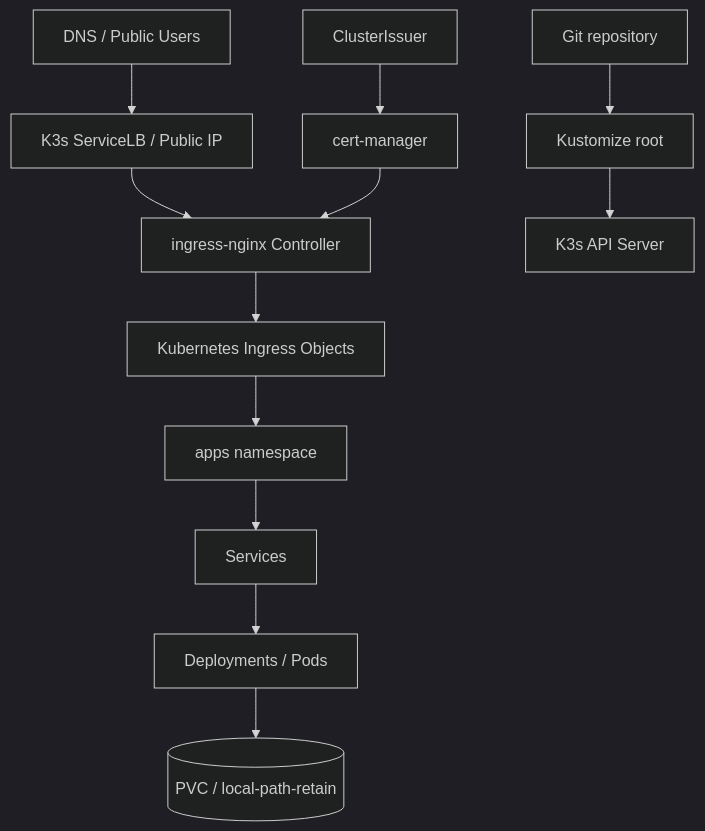
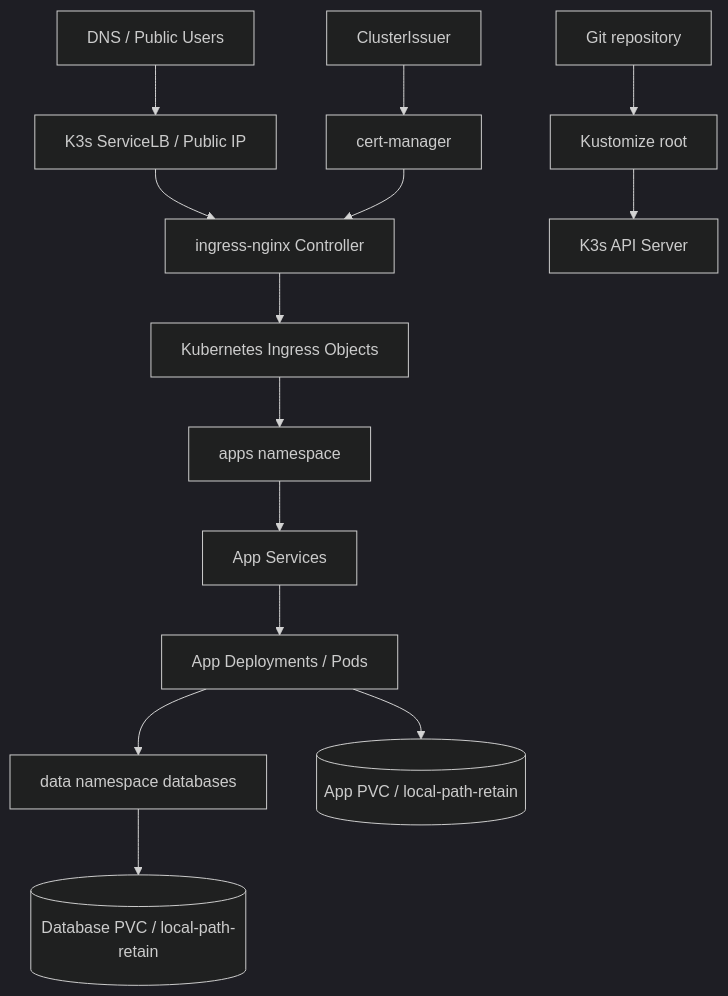
One commit to AnouarMohamed/k3s-platform changed the diagram in docs/ARCHITECTURE.md. Above: the diagram before and after it, drawn with Mermaid (dark theme). The commit also changed other lines of this file and 29 other files, not shown here.

````diff
--- a/docs/ARCHITECTURE.md
+++ b/docs/ARCHITECTURE.md
@@ -9,14 +9,16 @@
 ```mermaid
 flowchart TB
   dns[DNS / Public Users] --> lb[K3s ServiceLB / Public IP]
   lb --> ingress[ingress-nginx Controller]
   ingress --> routes[Kubernetes Ingress Objects]
   routes --> apps[apps namespace]
-  apps --> services[Services]
-  services --> pods[Deployments / Pods]
-  pods --> pvc[(PVC / local-path-retain)]
+  apps --> services[App Services]
+  services --> pods[App Deployments / Pods]
+  pods --> data[data namespace databases]
+  pods --> pvc[(App PVC / local-path-retain)]
+  data --> dbpvc[(Database PVC / local-path-retain)]
   cert[cert-manager] --> ingress
   issuer[ClusterIssuer] --> cert
   git[Git repository] --> kustomize[Kustomize root]
   kustomize --> cluster[K3s API Server]
 ```
````
